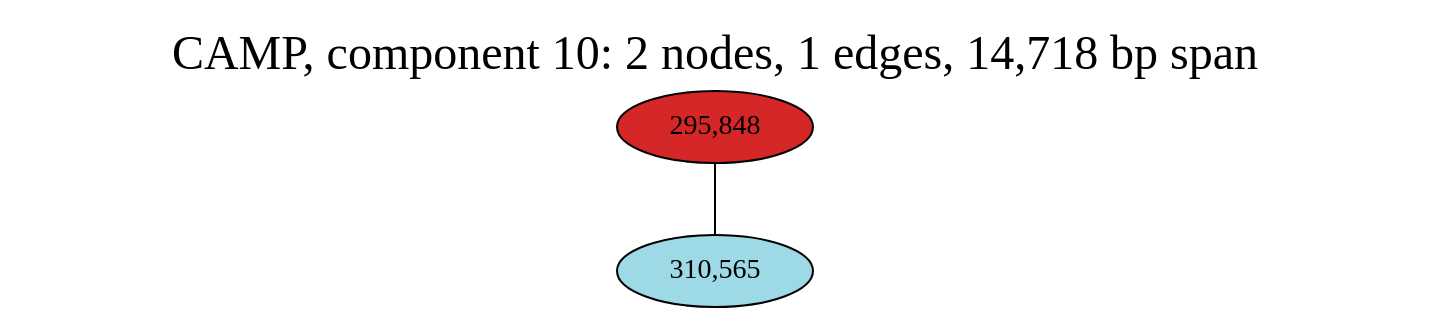
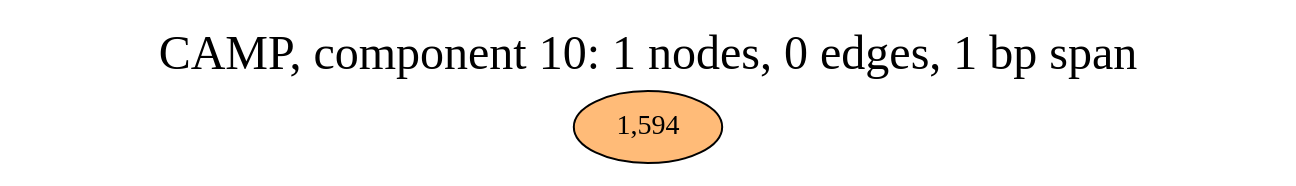
One commit to fedarko/sheepgut changed the diagram in notebooks/graphs/CAMP_cc10.gv. Above: the diagram before and after it, drawn with Graphviz. The commit also changed 52 other files, not shown here.

```diff
--- a/notebooks/graphs/CAMP_cc10.gv
+++ b/notebooks/graphs/CAMP_cc10.gv
@@ -1,10 +1,8 @@
 graph CAMP_cc10 {
 	overlap="prism50";
 	outputorder="edgesfirst";
-	label="CAMP, component 10: 2 nodes, 1 edges, 14,718 bp span";
+	label="CAMP, component 10: 1 nodes, 0 edges, 1 bp span";
 	labelloc="t";
 	fontsize=24;
-	"295,848" [style="filled", fillcolor="#d62728", fontcolor="#000000"];
-	"310,565" [style="filled", fillcolor="#9edae5", fontcolor="#000000"];
-	"295,848" -- "310,565";
+	"1,594" [style="filled", fillcolor="#ffbb78", fontcolor="#000000"];
 }
```
